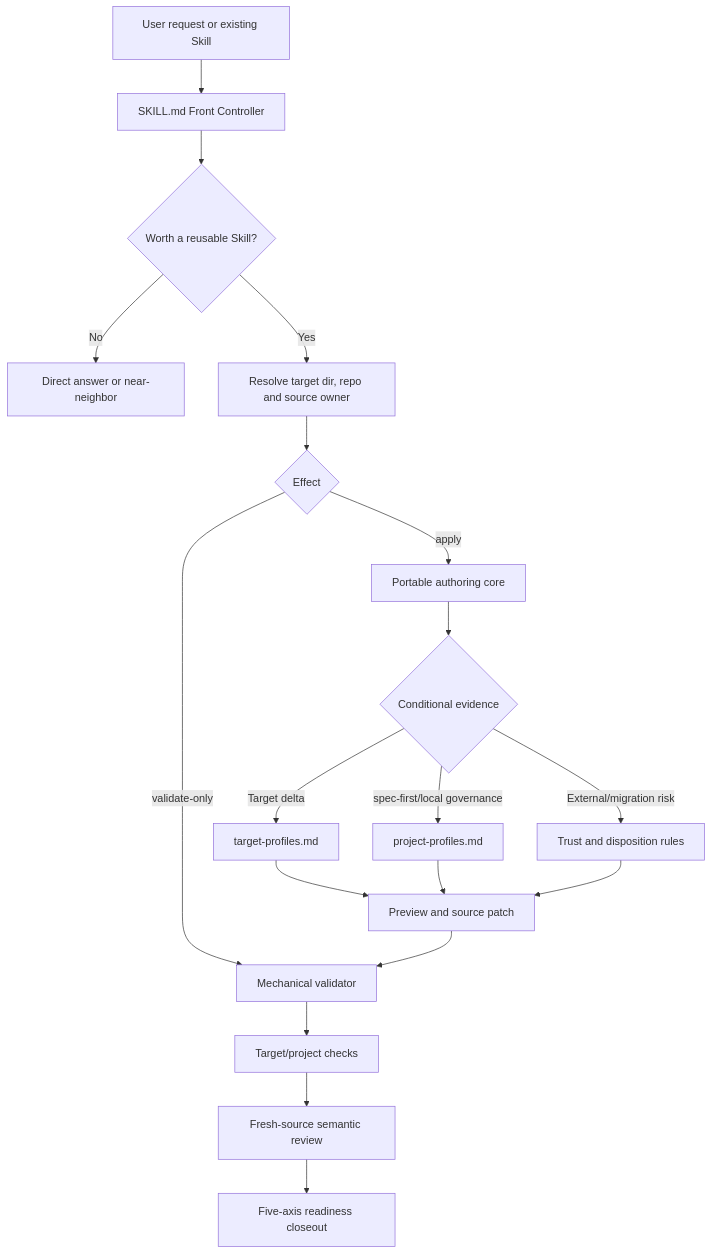
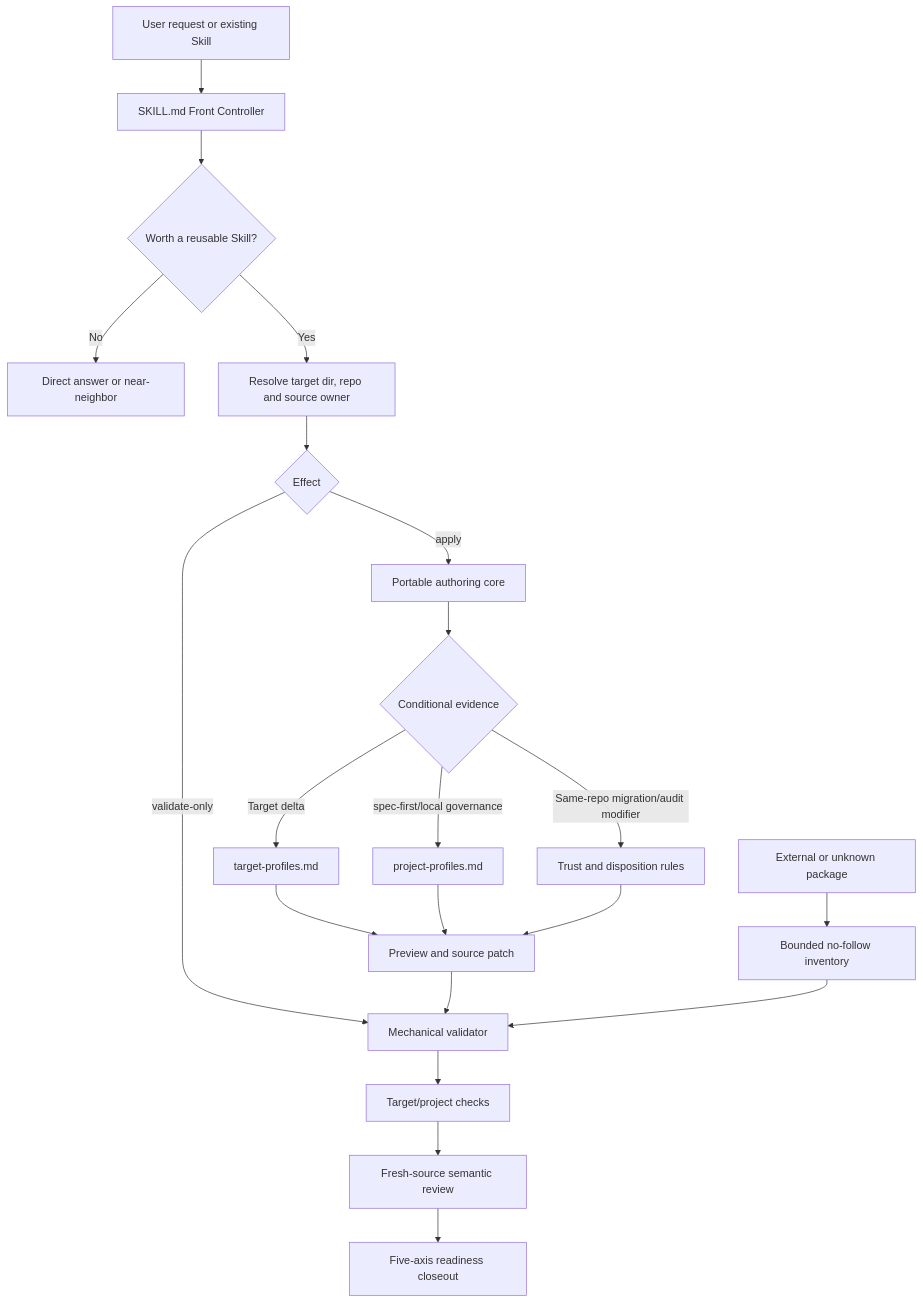
The diagram in docs/plans/2026-07-12-002-refactor-spec-write-skill-generalization-plan.md (leo-kuang-ai/spec-first), drawn with Mermaid before and after one commit. The commit also changed other lines of this file and 8 other files, not shown here.

````diff
--- a/docs/plans/2026-07-12-002-refactor-spec-write-skill-generalization-plan.md
+++ b/docs/plans/2026-07-12-002-refactor-spec-write-skill-generalization-plan.md
@@ -162,21 +161,23 @@
 ```mermaid
 flowchart TB
   A[User request or existing Skill] --> B[SKILL.md Front Controller]
   B --> C{Worth a reusable Skill?}
   C -->|No| D[Direct answer or near-neighbor]
   C -->|Yes| E[Resolve target dir, repo and source owner]
   E --> F{Effect}
   F -->|validate-only| G[Mechanical validator]
   F -->|apply| H[Portable authoring core]
   H --> I{Conditional evidence}
   I -->|Target delta| J[target-profiles.md]
   I -->|spec-first/local governance| K[project-profiles.md]
-  I -->|External/migration risk| L[Trust and disposition rules]
+  I -->|Same-repo migration/audit modifier| L[Trust and disposition rules]
   J --> M[Preview and source patch]
   K --> M
   L --> M
   M --> G
+  Q[External or unknown package] --> R[Bounded no-follow inventory]
+  R --> G
   G --> N[Target/project checks]
   N --> O[Fresh-source semantic review]
   O --> P[Five-axis readiness closeout]
 ```
````
